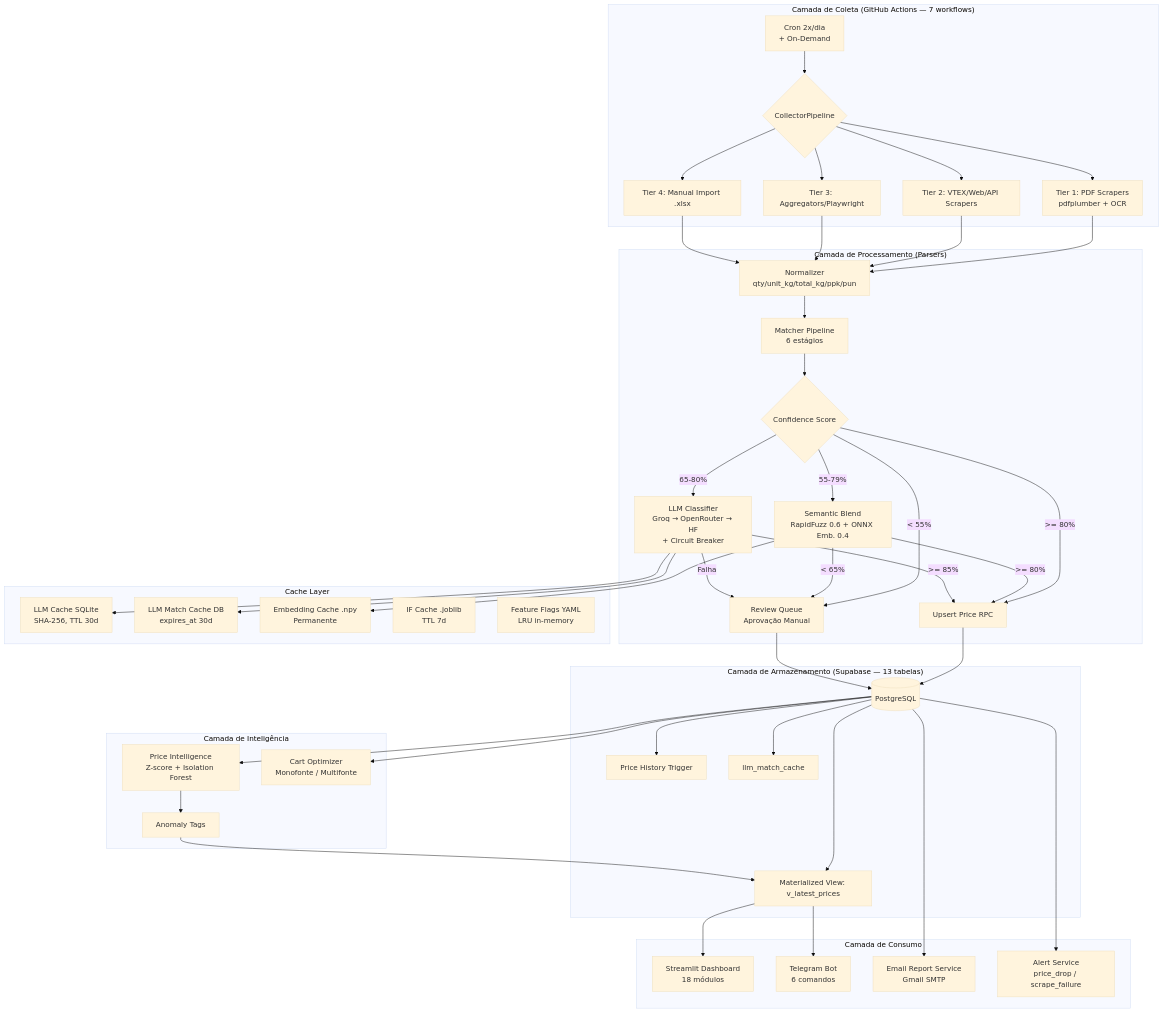
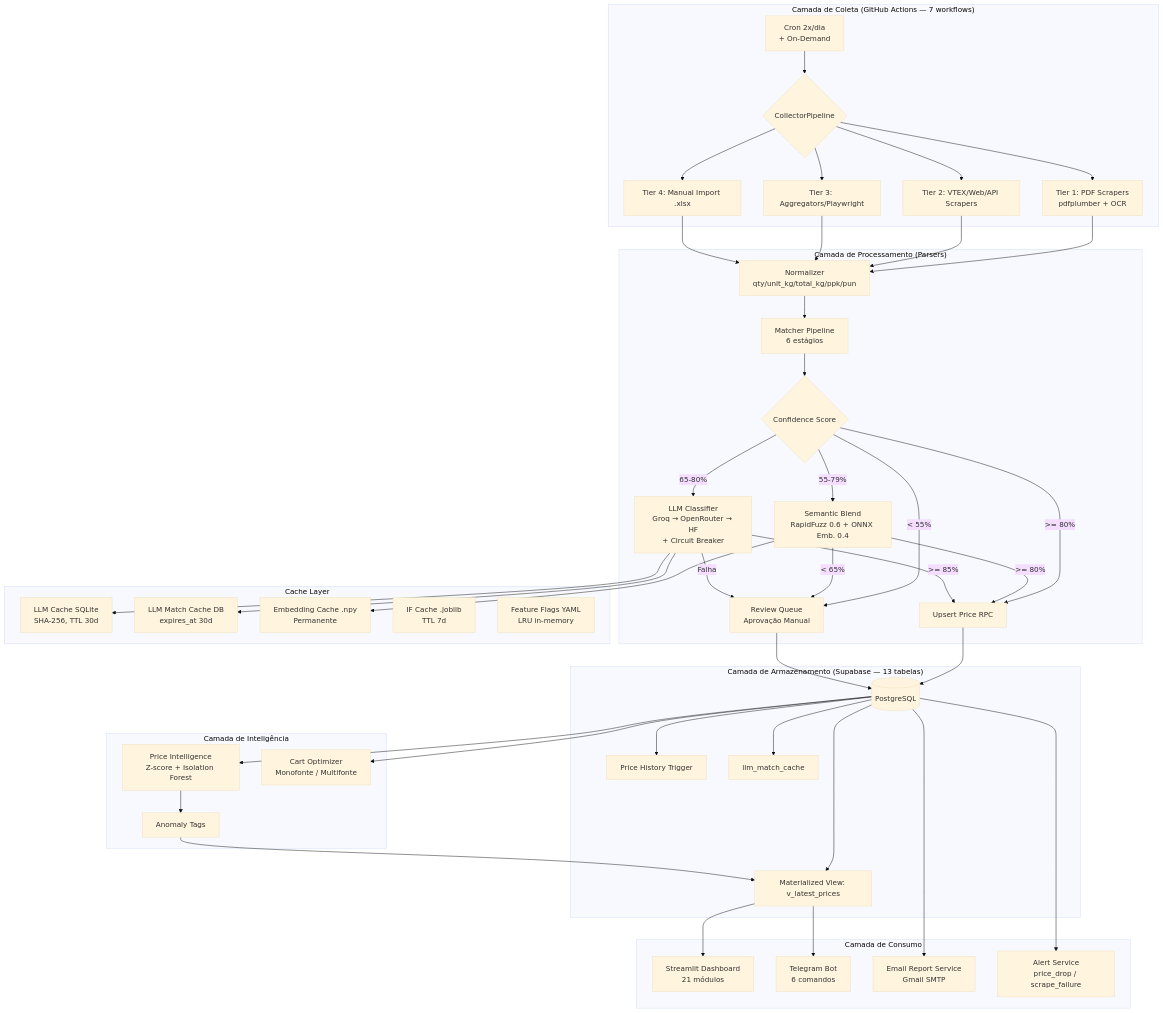
Before and after one commit to ZeroBond85/CustoDoce: the first of 2 diagrams in docs/architecture.md, drawn with Mermaid (base theme). The commit also changed 6 other files, not shown here.

````diff
--- a/docs/architecture.md
+++ b/docs/architecture.md
@@ -10,57 +10,57 @@
 ```mermaid
 graph TD
     subgraph "Camada de Coleta (GitHub Actions — 7 workflows)"
         A[Cron 2x/dia<br/>+ On-Demand] --> B{CollectorPipeline}
         B --> C[Tier 1: PDF Scrapers<br/>pdfplumber + OCR]
         B --> D[Tier 2: VTEX/Web/API Scrapers]
         B --> E[Tier 3: Aggregators/Playwright]
         B --> F[Tier 4: Manual Import .xlsx]
     end
 
     subgraph "Camada de Processamento (Parsers)"
         C & D & E & F --> G[Normalizer<br/>qty/unit_kg/total_kg/ppk/pun]
         G --> H[Matcher Pipeline<br/>6 estágios]
         H --> I{Confidence Score}
         I -- ">= 80%" --> J[Upsert Price RPC]
         I -- "55-79%" --> K[Semantic Blend<br/>RapidFuzz 0.6 + ONNX Emb. 0.4]
         I -- "65-80%" --> L[LLM Classifier<br/>Groq → OpenRouter → HF<br/>+ Circuit Breaker]
         I -- "< 55%" --> M[Review Queue<br/>Aprovação Manual]
         K -- ">= 80%" --> J
         K -- "< 65%" --> M
         L -- ">= 85%" --> J
         L -- "Falha" --> M
     end
 
     subgraph "Cache Layer"
         N1[LLM Cache SQLite<br/>SHA-256, TTL 30d]
         N2[LLM Match Cache DB<br/>expires_at 30d]
         N3[Embedding Cache .npy<br/>Permanente]
         N4[IF Cache .joblib<br/>TTL 7d]
         N5[Feature Flags YAML<br/>LRU in-memory]
         L --> N1
         L --> N2
         K --> N3
     end
 
     subgraph "Camada de Armazenamento (Supabase — 13 tabelas)"
         J --> O[(PostgreSQL)]
         M --> O
         O --> P[Materialized View: v_latest_prices]
         O --> Q[Price History Trigger]
         O --> R[llm_match_cache]
     end
 
     subgraph "Camada de Inteligência"
         O --> S[Price Intelligence<br/>Z-score + Isolation Forest]
         S --> T[Anomaly Tags]
         O --> U[Cart Optimizer<br/>Monofonte / Multifonte]
         T --> P
     end
 
     subgraph "Camada de Consumo"
-        P --> V[Streamlit Dashboard<br/>18 módulos]
+        P --> V[Streamlit Dashboard<br/>21 módulos]
         P --> W[Telegram Bot<br/>6 comandos]
         O --> X[Email Report Service<br/>Gmail SMTP]
         O --> Y[Alert Service<br/>price_drop / scrape_failure]
     end
 ```
````
